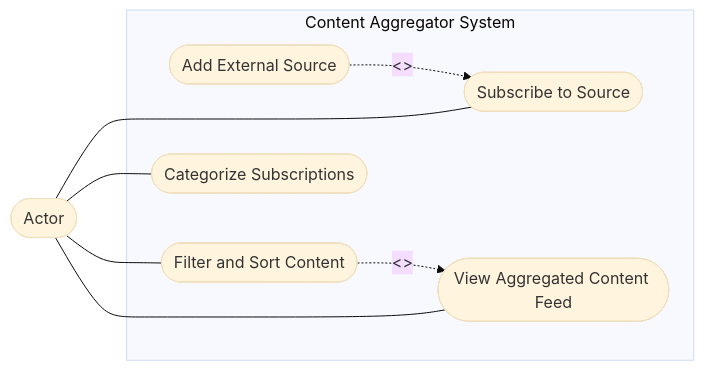
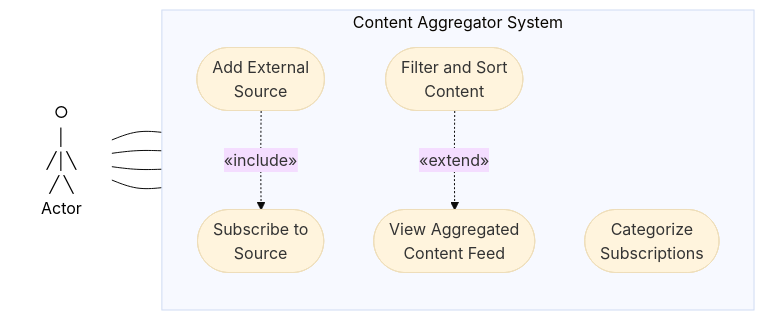
Before and after one commit to MeloonFrong/MFU69-SE-ByteSquad: the diagram in Docs/UseCaseDiagram.md, drawn with Mermaid (base theme). The commit also changed other lines of this file, not shown here.

First line of the commit message:
Revise Use Case Diagram and Actor Descriptions

````diff
--- a/Docs/UseCaseDiagram.md
+++ b/Docs/UseCaseDiagram.md
@@ -32,20 +6,23 @@
 ```mermaid
 flowchart LR
-    Actor([Actor])
+    Actor["○<br/>│<br/>╱│╲<br/>╱ ╲<br/>Actor"]
 
     subgraph System["Content Aggregator System"]
-        Add([Add External Source])
-        Subscribe([Subscribe to Source])
-        View([View Aggregated Content Feed])
-        Filter([Filter and Sort Content])
-        Categorize([Categorize Subscriptions])
+        direction TB
+        Add(["Add External<br/>Source"])
+        Subscribe(["Subscribe to<br/>Source"])
+        View(["View Aggregated<br/>Content Feed"])
+        Filter(["Filter and Sort<br/>Content"])
+        Categorize(["Categorize<br/>Subscriptions"])
 
-        Add -. "<<include>>" .-> Subscribe
-        Filter -. "<<extend>>" .-> View
+        Add -.->|«include»| Subscribe
+        Filter -.->|«extend»| View
     end
 
     Actor --- Subscribe
     Actor --- View
     Actor --- Filter
     Actor --- Categorize
+
+    style Actor fill:transparent,stroke:transparent,color:#000
 ```
````
